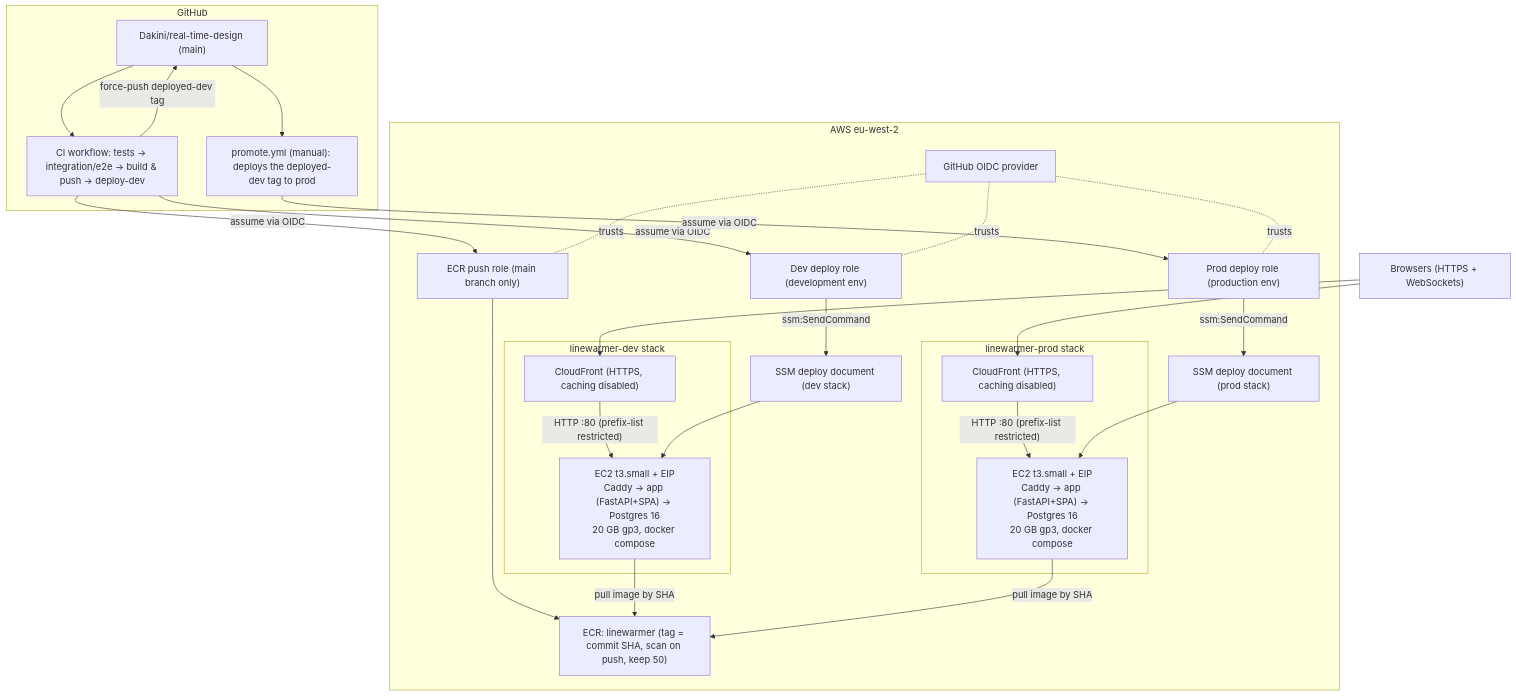
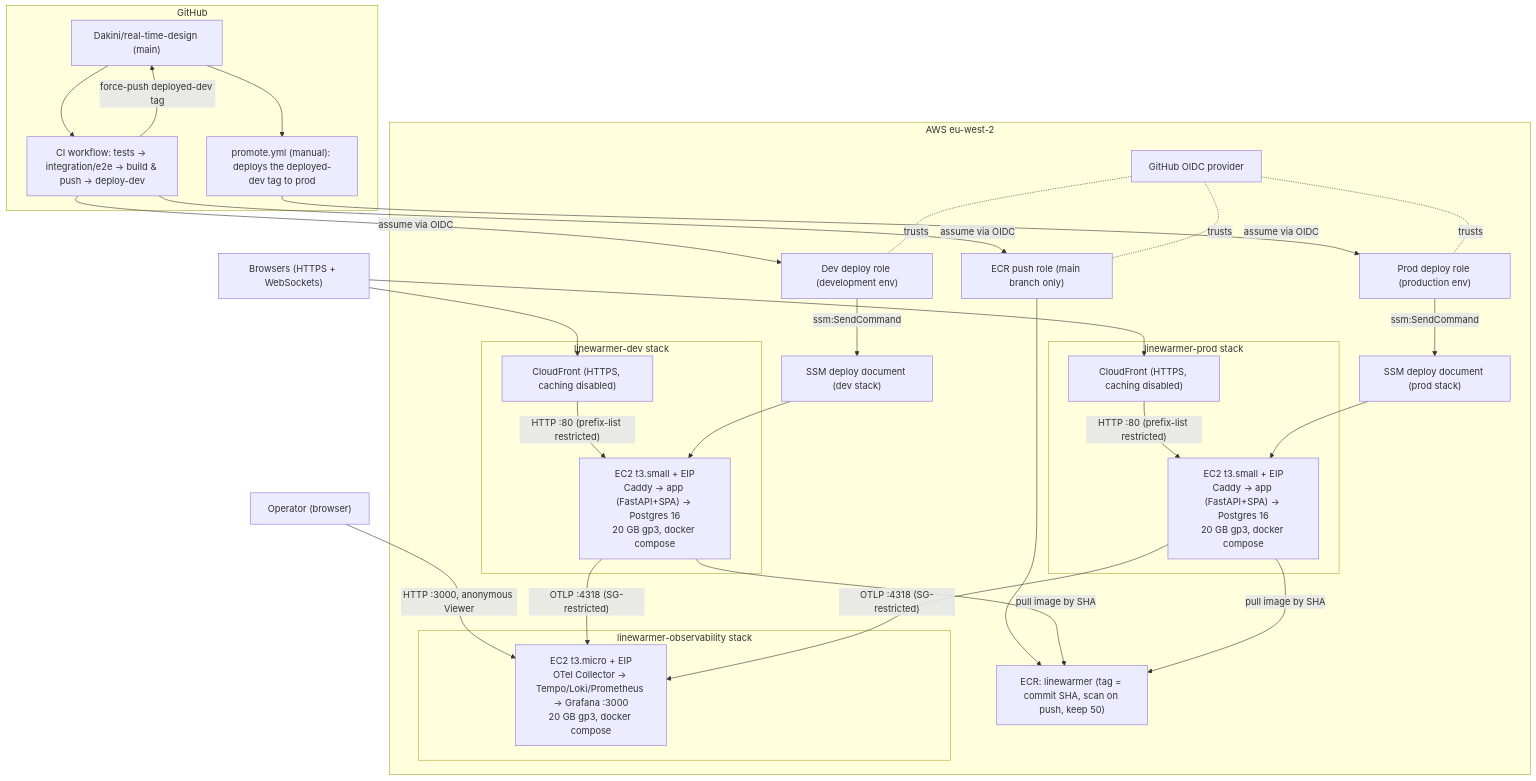
The diagram in mermain.md (Dakini/real-time-design), drawn with Mermaid before and after one commit. The commit also changed other lines of this file and 3 other files, not shown here.

First line of the commit message:
Deploy a shared observability stack, separate from the app stacks

````diff
--- a/mermain.md
+++ b/mermain.md
@@ -8,43 +9,50 @@
 ```mermaid
 flowchart TB
     subgraph GitHub["GitHub"]
         Repo["Dakini/real-time-design (main)"]
         CI["CI workflow: tests → integration/e2e → build & push → deploy-dev"]
         Promote["promote.yml (manual): deploys the deployed-dev tag to prod"]
         Repo --> CI
         CI -- "force-push deployed-dev tag" --> Repo
         Repo --> Promote
     end
 
     subgraph AWS["AWS eu-west-2"]
         OIDC["GitHub OIDC provider"]
         PushRole["ECR push role (main branch only)"]
         DevRole["Dev deploy role (development env)"]
         ProdRole["Prod deploy role (production env)"]
         ECR["ECR: linewarmer (tag = commit SHA, scan on push, keep 50)"]
         SSMDev["SSM deploy document (dev stack)"]
         SSMProd["SSM deploy document (prod stack)"]
 
         subgraph DevStack["linewarmer-dev stack"]
             CFDev["CloudFront (HTTPS, caching disabled)"]
             EC2Dev["EC2 t3.small + EIP<br/>Caddy → app (FastAPI+SPA) → Postgres 16<br/>20 GB gp3, docker compose"]
             CFDev -- "HTTP :80 (prefix-list restricted)" --> EC2Dev
         end
 
         subgraph ProdStack["linewarmer-prod stack"]
             CFProd["CloudFront (HTTPS, caching disabled)"]
             EC2Prod["EC2 t3.small + EIP<br/>Caddy → app (FastAPI+SPA) → Postgres 16<br/>20 GB gp3, docker compose"]
             CFProd -- "HTTP :80 (prefix-list restricted)" --> EC2Prod
         end
+
+        subgraph ObsStack["linewarmer-observability stack"]
+            EC2Obs["EC2 t3.micro + EIP<br/>OTel Collector → Tempo/Loki/Prometheus → Grafana :3000<br/>20 GB gp3, docker compose"]
+        end
     end
 
     Users["Browsers (HTTPS + WebSockets)"] --> CFDev
     Users --> CFProd
+    Operator["Operator (browser)"] -- "HTTP :3000, anonymous Viewer" --> EC2Obs
 
     CI -- "assume via OIDC" --> PushRole --> ECR
     CI -- "assume via OIDC" --> DevRole -- "ssm:SendCommand" --> SSMDev --> EC2Dev
     Promote -- "assume via OIDC" --> ProdRole -- "ssm:SendCommand" --> SSMProd --> EC2Prod
     EC2Dev -- "pull image by SHA" --> ECR
     EC2Prod -- "pull image by SHA" --> ECR
+    EC2Dev -- "OTLP :4318 (SG-restricted)" --> EC2Obs
+    EC2Prod -- "OTLP :4318 (SG-restricted)" --> EC2Obs
     OIDC -.trusts.- PushRole & DevRole & ProdRole
 ```
````
